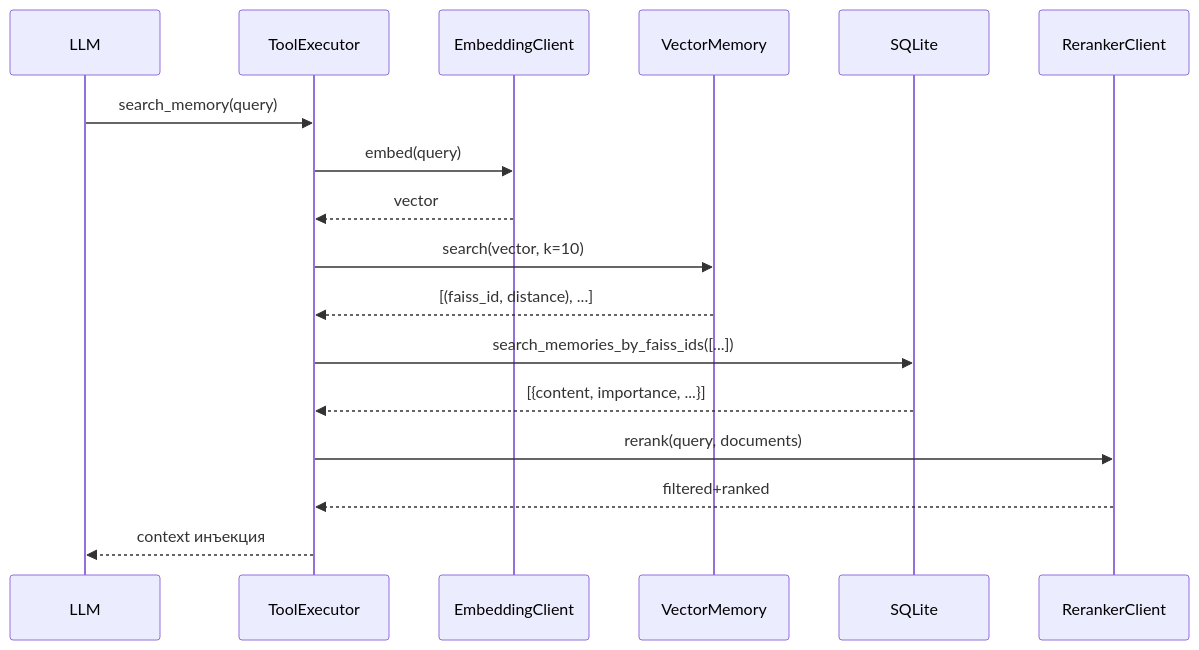
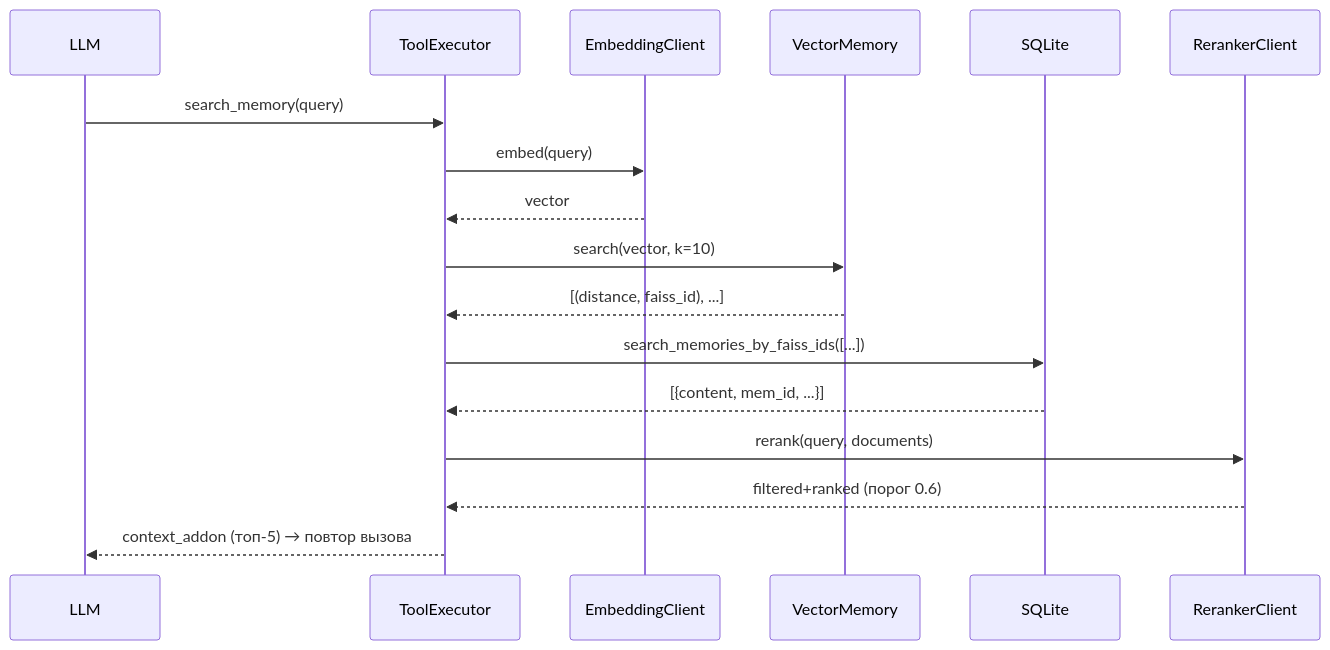
One commit to LexaVibeCoder/Mila changed the diagram in docs/memory.md. Above: the diagram before and after it, drawn with Mermaid. The commit also changed other lines of this file and 34 other files, not shown here.

````diff
--- a/docs/memory.md
+++ b/docs/memory.md
@@ -73,19 +74,19 @@
 ```mermaid
 sequenceDiagram
     participant LLM
     participant ToolExecutor
     participant EmbeddingClient
     participant VectorMemory
     participant SQLite
 
     LLM->>ToolExecutor: search_memory(query)
     ToolExecutor->>EmbeddingClient: embed(query)
     EmbeddingClient-->>ToolExecutor: vector
     ToolExecutor->>VectorMemory: search(vector, k=10)
-    VectorMemory-->>ToolExecutor: [(faiss_id, distance), ...]
+    VectorMemory-->>ToolExecutor: [(distance, faiss_id), ...]
     ToolExecutor->>SQLite: search_memories_by_faiss_ids([...])
-    SQLite-->>ToolExecutor: [{content, importance, ...}]
+    SQLite-->>ToolExecutor: [{content, mem_id, ...}]
     ToolExecutor->>RerankerClient: rerank(query, documents)
-    RerankerClient-->>ToolExecutor: filtered+ranked
-    ToolExecutor-->>LLM: context инъекция
+    RerankerClient-->>ToolExecutor: filtered+ranked (порог 0.6)
+    ToolExecutor-->>LLM: context_addon (топ-5) → повтор вызова
 ```
````
